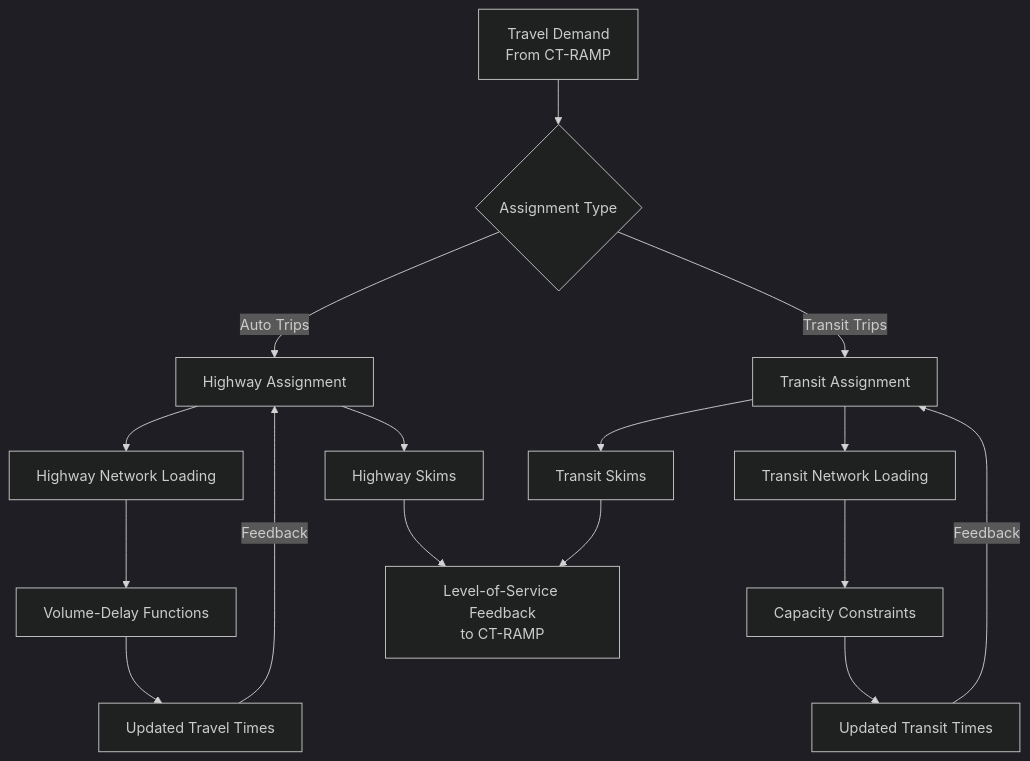
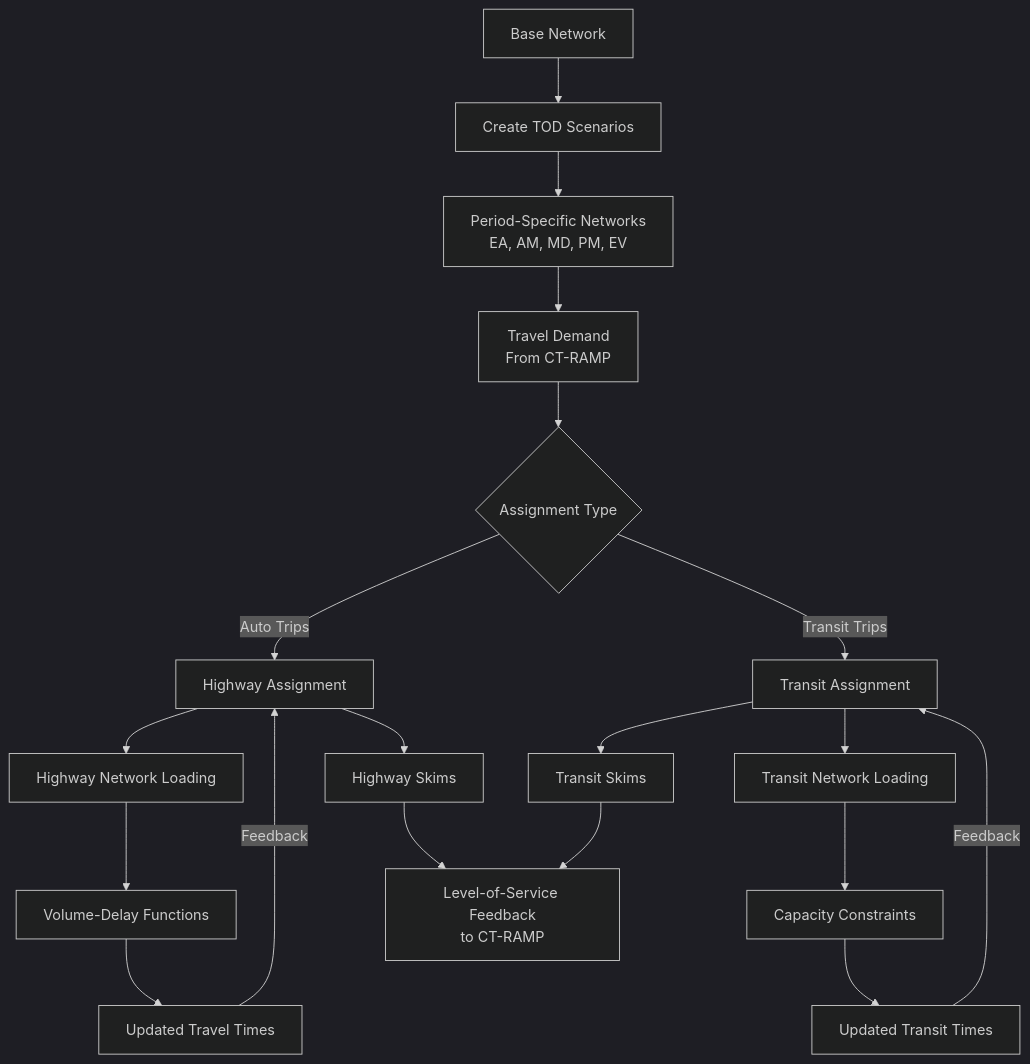
The diagram in docs/assignment/index.md (BayAreaMetro/tm2py), drawn with Mermaid (dark theme) before and after one commit. The commit also changed other lines of this file and 2 other files, not shown here.

First line of the commit message:
setting up a system to understand networks in tm2py

````diff
--- a/docs/assignment/index.md
+++ b/docs/assignment/index.md
@@ -9,21 +9,25 @@
 ```mermaid
 graph TD
-    A[Travel Demand<br/>From CT-RAMP] --> B{Assignment Type}
+    START[Base Network] --> TOD[Create TOD Scenarios]
+    TOD --> READY[Period-Specific Networks<br/>EA, AM, MD, PM, EV]
+    READY --> A[Travel Demand<br/>From CT-RAMP]
+    
+    A --> B{Assignment Type}
     B -->|Auto Trips| C[Highway Assignment]
     B -->|Transit Trips| D[Transit Assignment]
     
     C --> E[Highway Network Loading]
     E --> F[Volume-Delay Functions]
     F --> G[Updated Travel Times]
     G -->|Feedback| C
     
     D --> H[Transit Network Loading]
     H --> I[Capacity Constraints]
     I --> J[Updated Transit Times]
     J -->|Feedback| D
     
     C --> K[Highway Skims]
     D --> L[Transit Skims]
     K --> M[Level-of-Service Feedback<br/>to CT-RAMP]
     L --> M
 ```
````
